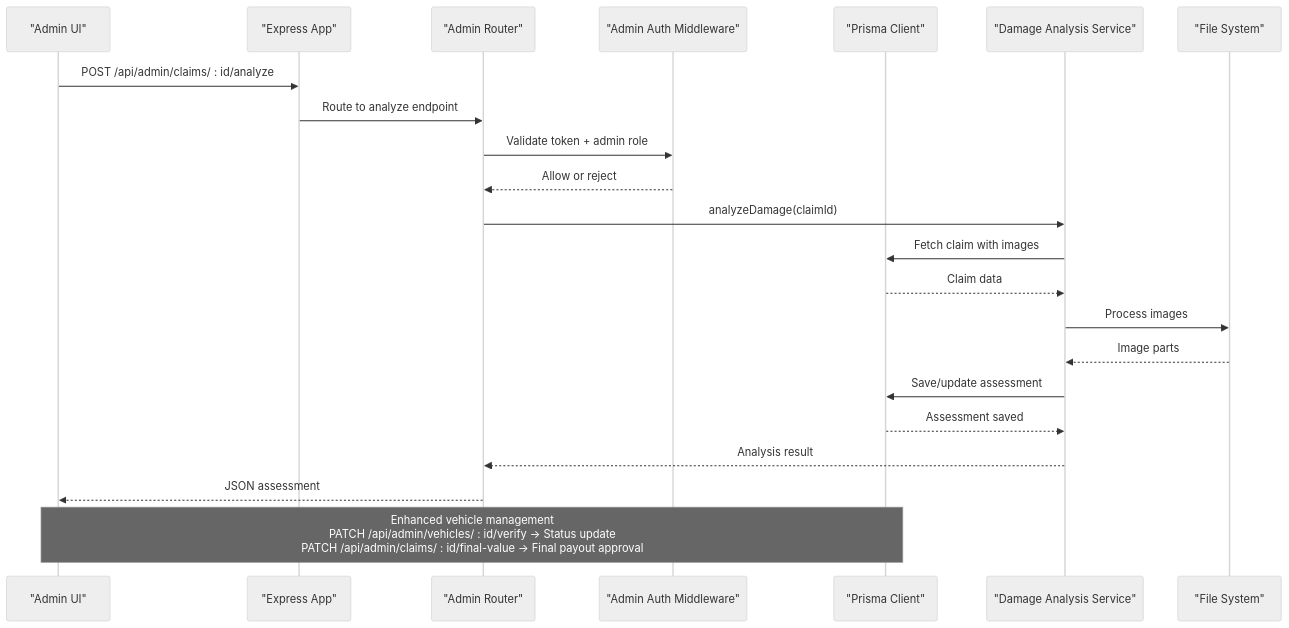
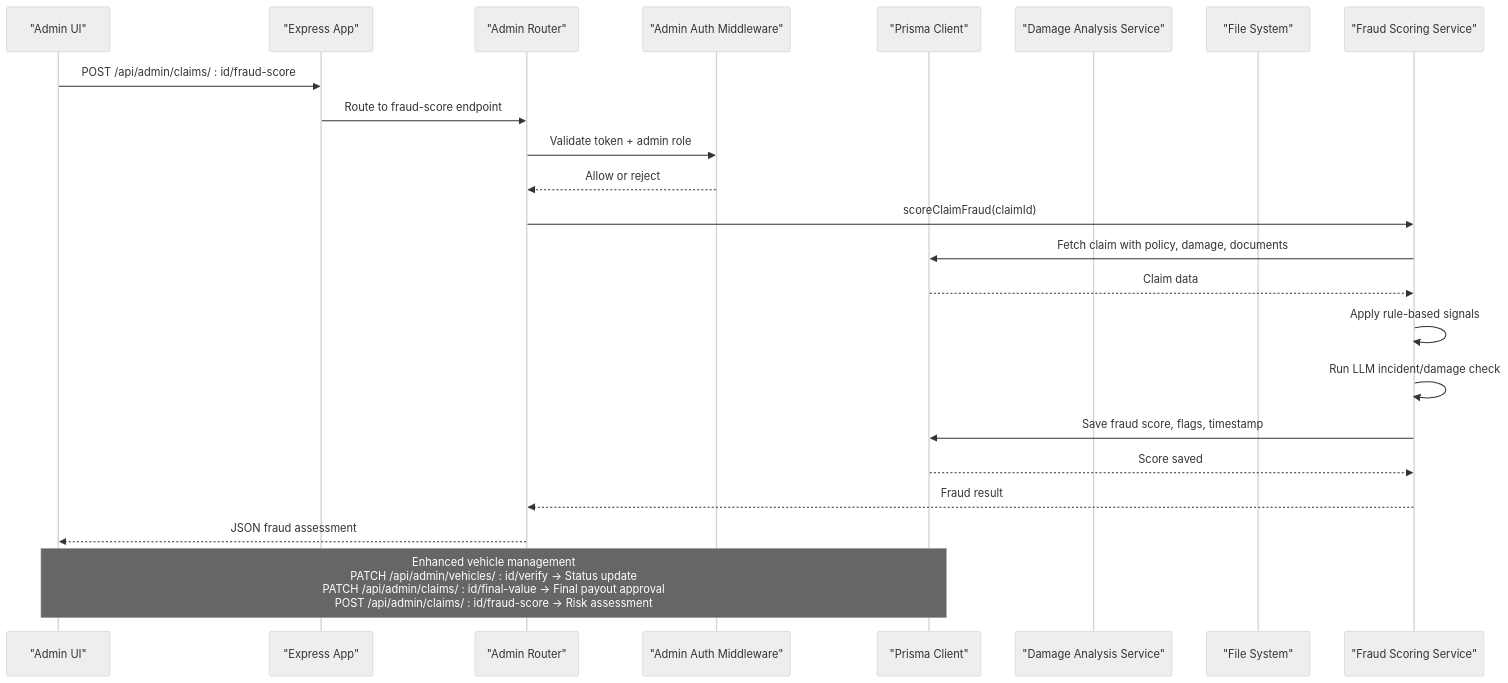
One commit to NaveenHiranya/Smart-Vehicle-Insurance-Claim-System changed the second of 12 diagrams in .qoder/repowiki/en/content/Backend Documentation/API Endpoints Reference/Administrative Endpoints.md. Above: the diagram before and after it, drawn with Mermaid (neutral theme). The commit also changed other lines of this file and 17 other files, not shown here.

Commit message:
feat: Fraud Score

````diff
--- a/.qoder/repowiki/en/content/Backend Documentation/API Endpoints Reference/Administrative Endpoints.md
+++ b/.qoder/repowiki/en/content/Backend Documentation/API Endpoints Reference/Administrative Endpoints.md
@@ -126,24 +130,25 @@
 ```mermaid
 sequenceDiagram
 participant FE as "Admin UI"
 participant API as "Express App"
 participant AR as "Admin Router"
 participant MA as "Admin Auth Middleware"
 participant DB as "Prisma Client"
 participant DS as "Damage Analysis Service"
 participant FS as "File System"
-FE->>API : POST /api/admin/claims/ : id/analyze
-API->>AR : Route to analyze endpoint
+participant FRS as "Fraud Scoring Service"
+FE->>API : POST /api/admin/claims/ : id/fraud-score
+API->>AR : Route to fraud-score endpoint
 AR->>MA : Validate token + admin role
 MA-->>AR : Allow or reject
-AR->>DS : analyzeDamage(claimId)
-DS->>DB : Fetch claim with images
-DB-->>DS : Claim data
-DS->>FS : Process images
-FS-->>DS : Image parts
-DS->>DB : Save/update assessment
-DB-->>DS : Assessment saved
-DS-->>AR : Analysis result
-AR-->>FE : JSON assessment
-Note over FE,DB : Enhanced vehicle management<br/>PATCH /api/admin/vehicles/ : id/verify -> Status update<br/>PATCH /api/admin/claims/ : id/final-value -> Final payout approval
+AR->>FRS : scoreClaimFraud(claimId)
+FRS->>DB : Fetch claim with policy, damage, documents
+DB-->>FRS : Claim data
+FRS->>FRS : Apply rule-based signals
+FRS->>FRS : Run LLM incident/damage check
+FRS->>DB : Save fraud score, flags, timestamp
+DB-->>FRS : Score saved
+FRS-->>AR : Fraud result
+AR-->>FE : JSON fraud assessment
+Note over FE,DB : Enhanced vehicle management<br/>PATCH /api/admin/vehicles/ : id/verify -> Status update<br/>PATCH /api/admin/claims/ : id/final-value -> Final payout approval<br/>POST /api/admin/claims/ : id/fraud-score -> Risk assessment
 ```
````
